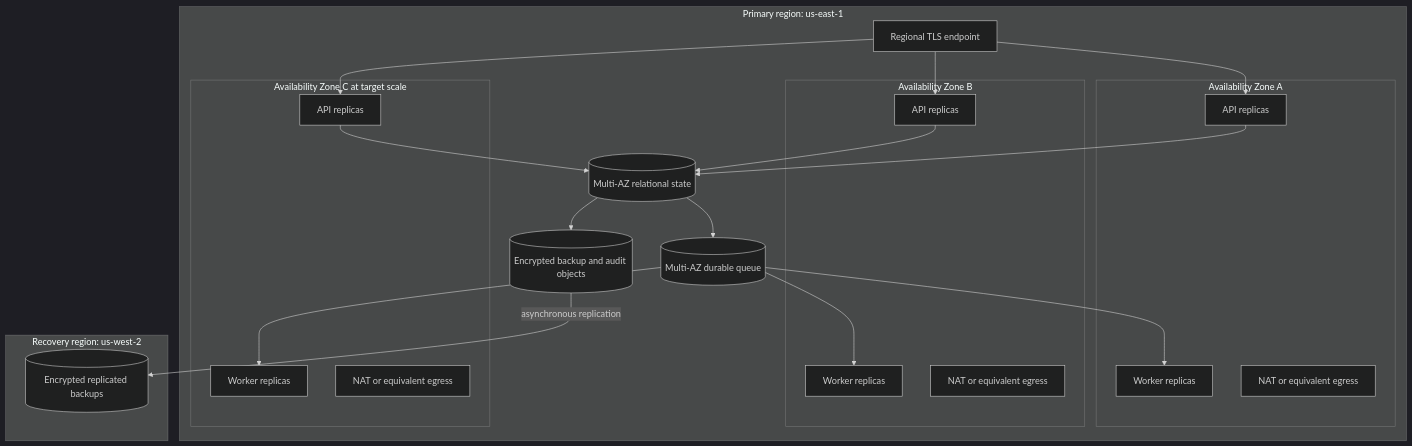
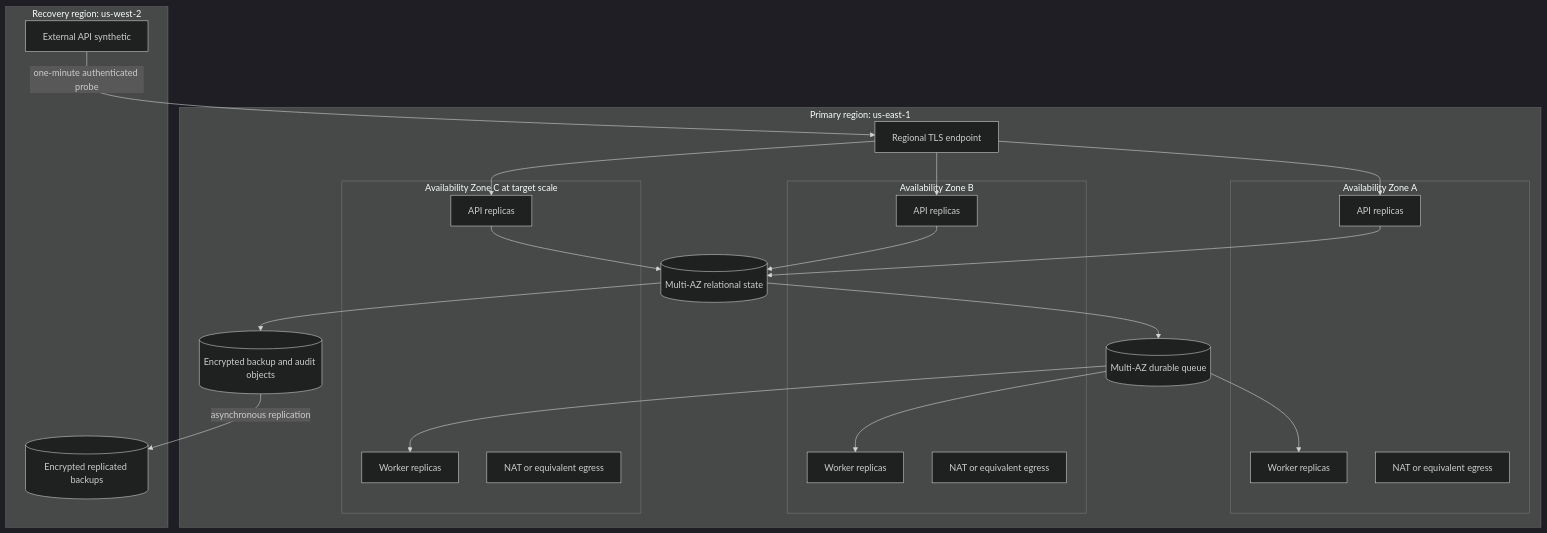
One commit to ArdurAI/veer changed the diagram in docs/architecture/0001-alpha-operational-bounds.md. Above: the diagram before and after it, drawn with Mermaid (dark theme). The commit also changed other lines of this file and 5 other files, not shown here.

Commit message:
fix(architecture): complete qualification evidence

````diff
--- a/docs/architecture/0001-alpha-operational-bounds.md
+++ b/docs/architecture/0001-alpha-operational-bounds.md
@@ -45,41 +45,43 @@
 ```mermaid
 flowchart TB
     subgraph PRIMARY["Primary region: us-east-1"]
         EDGE[Regional TLS endpoint]
         subgraph AZA["Availability Zone A"]
             APIA[API replicas]
             WORKERA[Worker replicas]
             NATA[NAT or equivalent egress]
         end
         subgraph AZB["Availability Zone B"]
             APIB[API replicas]
             WORKERB[Worker replicas]
             NATB[NAT or equivalent egress]
         end
         subgraph AZC["Availability Zone C at target scale"]
             APIC[API replicas]
             WORKERC[Worker replicas]
             NATC[NAT or equivalent egress]
         end
         DB[(Multi-AZ relational state)]
         QUEUE[(Multi-AZ durable queue)]
         OBJECTS[(Encrypted backup and audit objects)]
         EDGE --> APIA
         EDGE --> APIB
         EDGE --> APIC
         APIA --> DB
         APIB --> DB
         APIC --> DB
         DB --> QUEUE
         QUEUE --> WORKERA
         QUEUE --> WORKERB
         QUEUE --> WORKERC
         DB --> OBJECTS
     end
 
     subgraph RECOVERY["Recovery region: us-west-2"]
         BACKUP[(Encrypted replicated backups)]
+        PROBE[External API synthetic]
     end
 
     OBJECTS -->|asynchronous replication| BACKUP
+    PROBE -->|one-minute authenticated probe| EDGE
 ```
````
